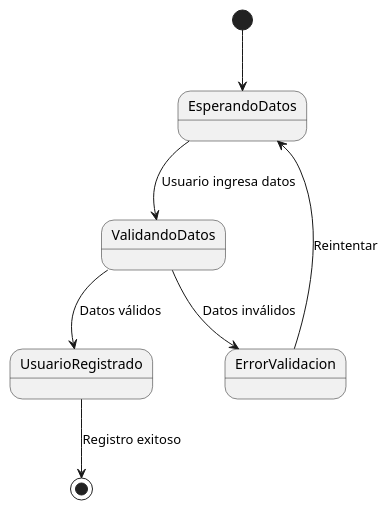
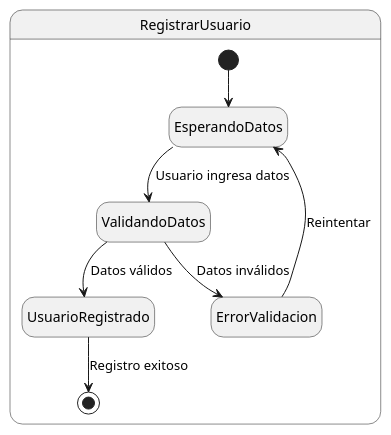
Before and after one commit to Andreinalcm/Proyecto_de_inge_grupo4: the diagram in docs/scenariosView/DisciplinaDeRequisitos/diagramaDeEstadoRegistrarse.plantuml, drawn with PlantUML. The commit also changed 14 other files, not shown here.

```diff
--- a/docs/scenariosView/DisciplinaDeRequisitos/diagramaDeEstadoRegistrarse.plantuml
+++ b/docs/scenariosView/DisciplinaDeRequisitos/diagramaDeEstadoRegistrarse.plantuml
@@ -1,9 +1,14 @@
 @startuml Registrar usuario
 
-[*] --> EsperandoDatos
-EsperandoDatos --> ValidandoDatos : Usuario ingresa datos
-ValidandoDatos --> UsuarioRegistrado : Datos válidos
-ValidandoDatos --> ErrorValidacion : Datos inválidos
-ErrorValidacion --> EsperandoDatos : Reintentar
-UsuarioRegistrado --> [*] : Registro exitoso
+hide empty description
+
+state RegistrarUsuario{
+    [*] --> EsperandoDatos
+    EsperandoDatos --> ValidandoDatos : Usuario ingresa datos
+    ValidandoDatos --> UsuarioRegistrado : Datos válidos
+    ValidandoDatos --> ErrorValidacion : Datos inválidos
+    ErrorValidacion --> EsperandoDatos : Reintentar
+    UsuarioRegistrado --> [*] : Registro exitoso
+}
+
 @enduml
```
